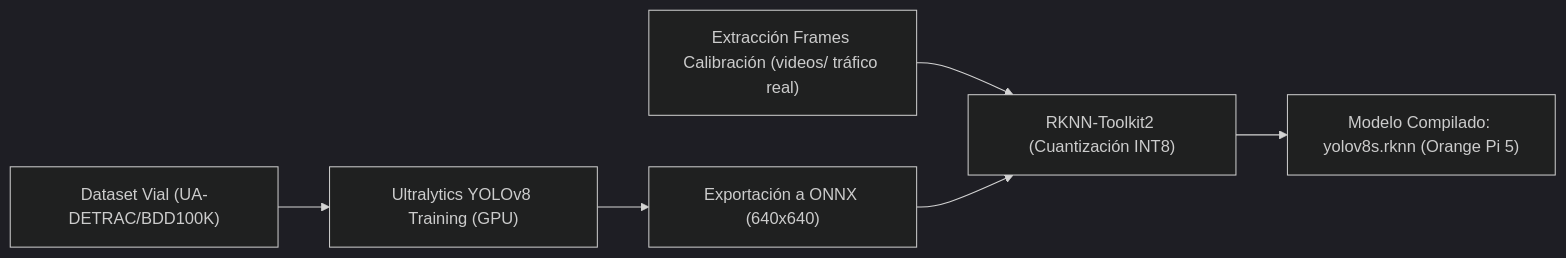
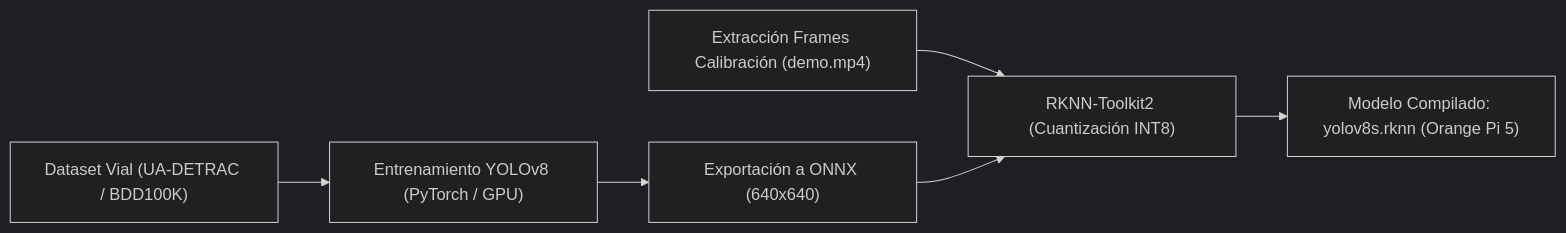
The diagram in docs/PLAN_ENTRENAMIENTO.md (Pozole98/fluxa-smart-city), drawn with Mermaid (dark theme) before and after one commit. The commit also changed other lines of this file and 5 other files, not shown here.

````diff
--- a/docs/PLAN_ENTRENAMIENTO.md
+++ b/docs/PLAN_ENTRENAMIENTO.md
@@ -44,8 +46,8 @@
 ```mermaid
 graph LR
-    A["Dataset Vial (UA-DETRAC/BDD100K)"] --> B["Ultralytics YOLOv8 Training (GPU)"]
+    A["Dataset Vial (UA-DETRAC / BDD100K)"] --> B["Entrenamiento YOLOv8 (PyTorch / GPU)"]
     B --> C["Exportación a ONNX (640x640)"]
-    D["Extracción Frames Calibración (videos/ tráfico real)"] --> E["RKNN-Toolkit2 (Cuantización INT8)"]
+    D["Extracción Frames Calibración (demo.mp4)"] --> E["RKNN-Toolkit2 (Cuantización INT8)"]
     C --> E
     E --> F["Modelo Compilado: yolov8s.rknn (Orange Pi 5)"]
 ```
````
